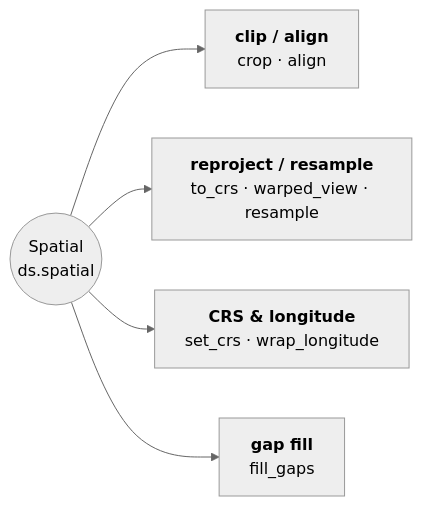
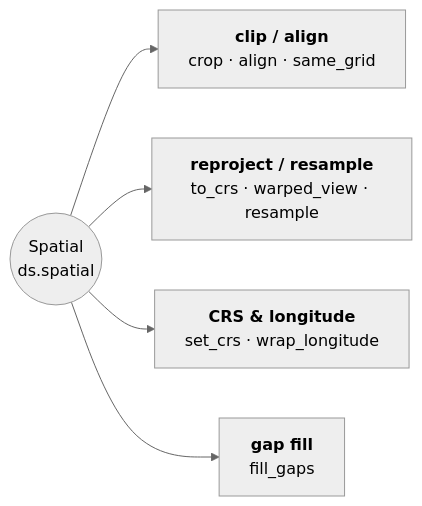
Before and after one commit to serapeum-org/pyramids: the diagram in docs/reference/dataset/spatial.md, drawn with Mermaid (neutral theme). The commit also changed other lines of this file and 10 other files, not shown here.

````diff
--- a/docs/reference/dataset/spatial.md
+++ b/docs/reference/dataset/spatial.md
@@ -5,8 +9,8 @@
 ```mermaid
 flowchart LR
     SP(("Spatial<br/>ds.spatial"))
-    SP --> C["<b>clip / align</b><br/>crop · align"]
+    SP --> C["<b>clip / align</b><br/>crop · align · same_grid"]
     SP --> R["<b>reproject / resample</b><br/>to_crs · warped_view · resample"]
     SP --> M["<b>CRS & longitude</b><br/>set_crs · wrap_longitude"]
     SP --> G["<b>gap fill</b><br/>fill_gaps"]
 ```
````
